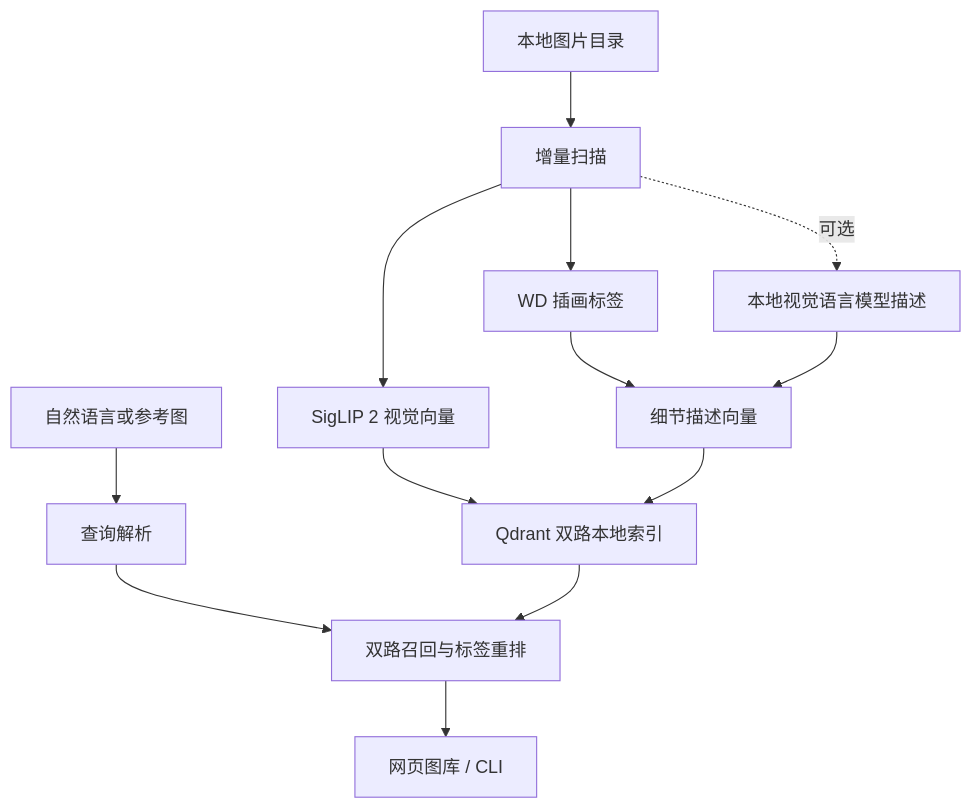
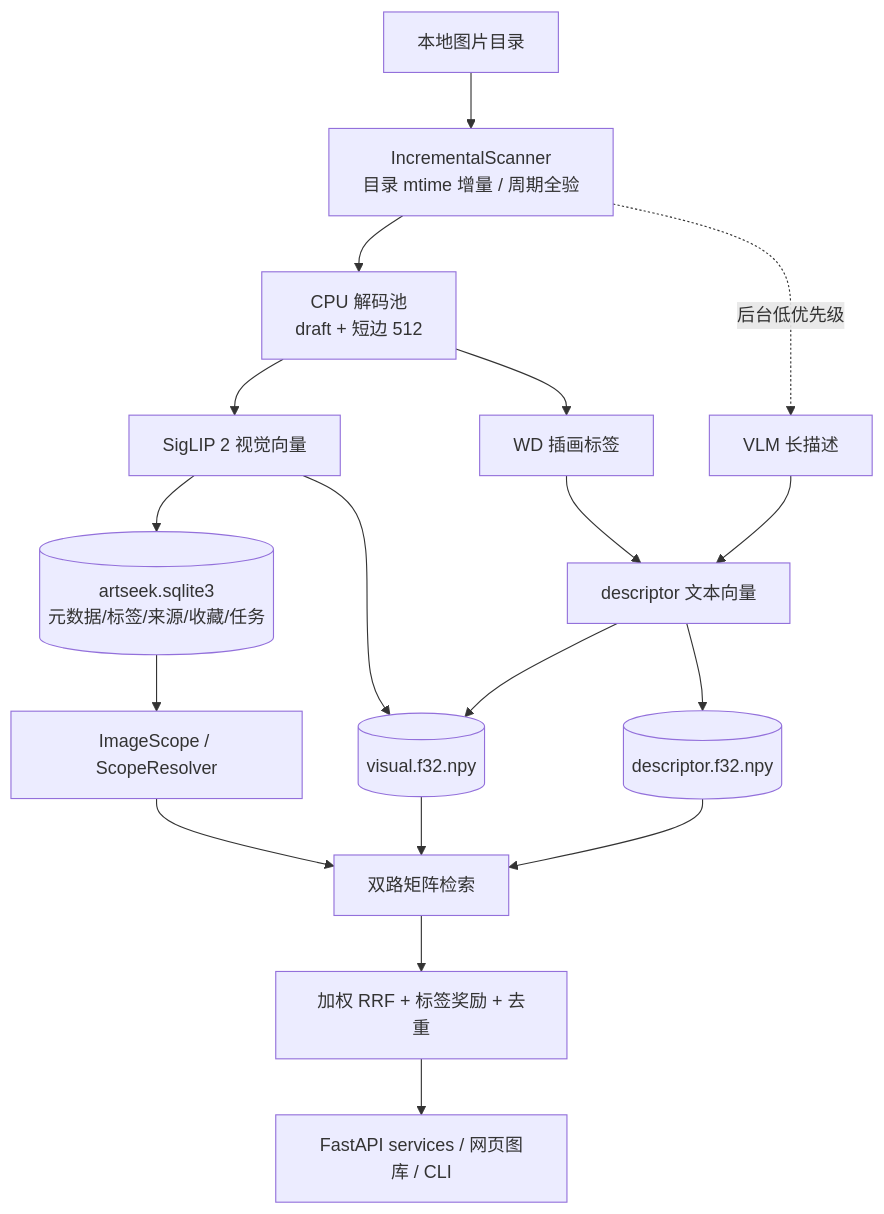
The diagram in docs/ARCHITECTURE.md (rubatotree/artseek), drawn with Mermaid before and after one commit. The commit also changed other lines of this file and 2 other files, not shown here.

First line of the commit message:
docs: describe the v2 SQLite and numpy architecture

````diff
--- a/docs/ARCHITECTURE.md
+++ b/docs/ARCHITECTURE.md
@@ -12,15 +12,20 @@
 ```mermaid
 flowchart TD
-    A[本地图片目录] --> B[增量扫描]
-    B --> C[SigLIP 2 视觉向量]
-    B --> D[WD 插画标签]
-    B -. 可选 .-> E[本地视觉语言模型描述]
-    D --> F[细节描述向量]
-    E --> F
-    C --> G[Qdrant 双路本地索引]
+    A[本地图片目录] --> B[IncrementalScanner<br/>目录 mtime 增量 / 周期全验]
+    B --> C[CPU 解码池<br/>draft + 短边 512]
+    C --> D[SigLIP 2 视觉向量]
+    C --> E[WD 插画标签]
+    B -. 后台低优先级 .-> F[VLM 长描述]
+    E --> G[descriptor 文本向量]
     F --> G
-    H[自然语言或参考图] --> I[查询解析]
-    I --> J[双路召回与标签重排]
-    G --> J
-    J --> K[网页图库 / CLI]
+    D --> H[(artseek.sqlite3<br/>元数据/标签/来源/收藏/任务)]
+    D --> I[(visual.f32.npy)]
+    G --> I
+    G --> J[(descriptor.f32.npy)]
+    H --> K[ImageScope / ScopeResolver]
+    I --> L[双路矩阵检索]
+    J --> L
+    K --> L
+    L --> M[加权 RRF + 标签奖励 + 去重]
+    M --> N[FastAPI services / 网页图库 / CLI]
 ```
````
